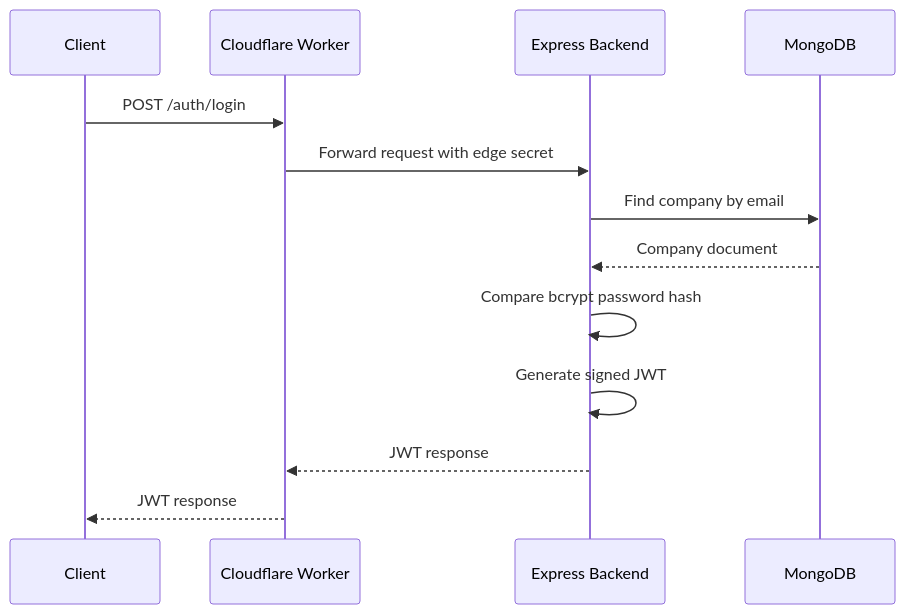
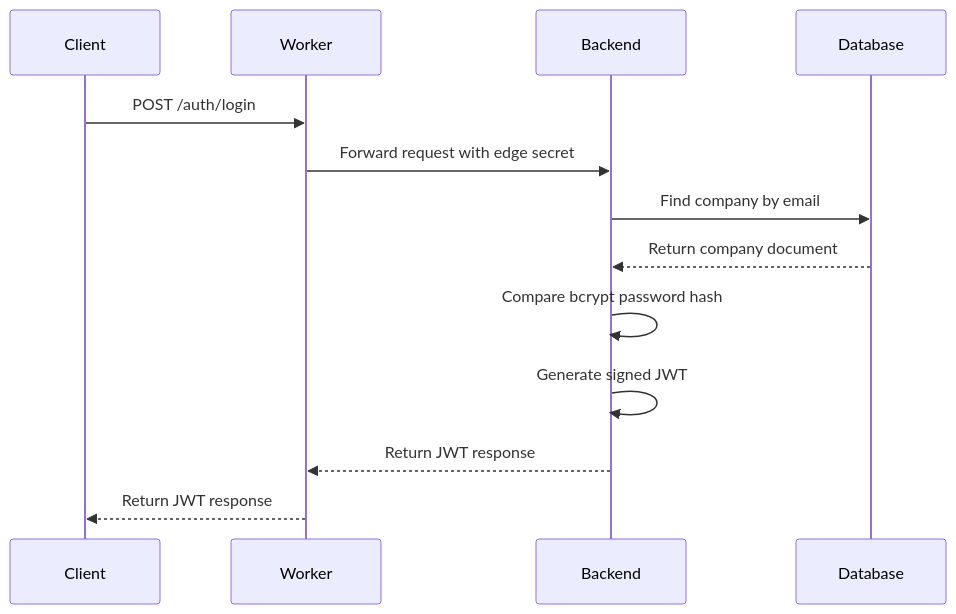
One commit to mahmoudkaradamour/attendify-server changed the sixth of 17 diagrams in docs/architecture.md. Above: the diagram before and after it, drawn with Mermaid. The commit also changed other lines of this file, not shown here.

Commit message:
fix: correct Mermaid sequence diagrams for auth and registration flows

````diff
--- a/docs/architecture.md
+++ b/docs/architecture.md
@@ -266,16 +266,18 @@
 ```mermaid
 sequenceDiagram
-    participant Client as Client
-    participant Worker as Cloudflare Worker
-    participant Backend as Express Backend
-    participant DB as MongoDB
+    participant Client
+    participant Worker
+    participant Backend
+    participant Database
 
     Client->>Worker: POST /auth/login
     Worker->>Backend: Forward request with edge secret
-    Backend->>DB: Find company by email
-    DB-->>Backend: Company document
+    Backend->>Database: Find company by email
+    Database-->>Backend: Return company document
+
     Backend->>Backend: Compare bcrypt password hash
     Backend->>Backend: Generate signed JWT
-    Backend-->>Worker: JWT response
-    Worker-->>Client: JWT response
+
+    Backend-->>Worker: Return JWT response
+    Worker-->>Client: Return JWT response
 ```
````
